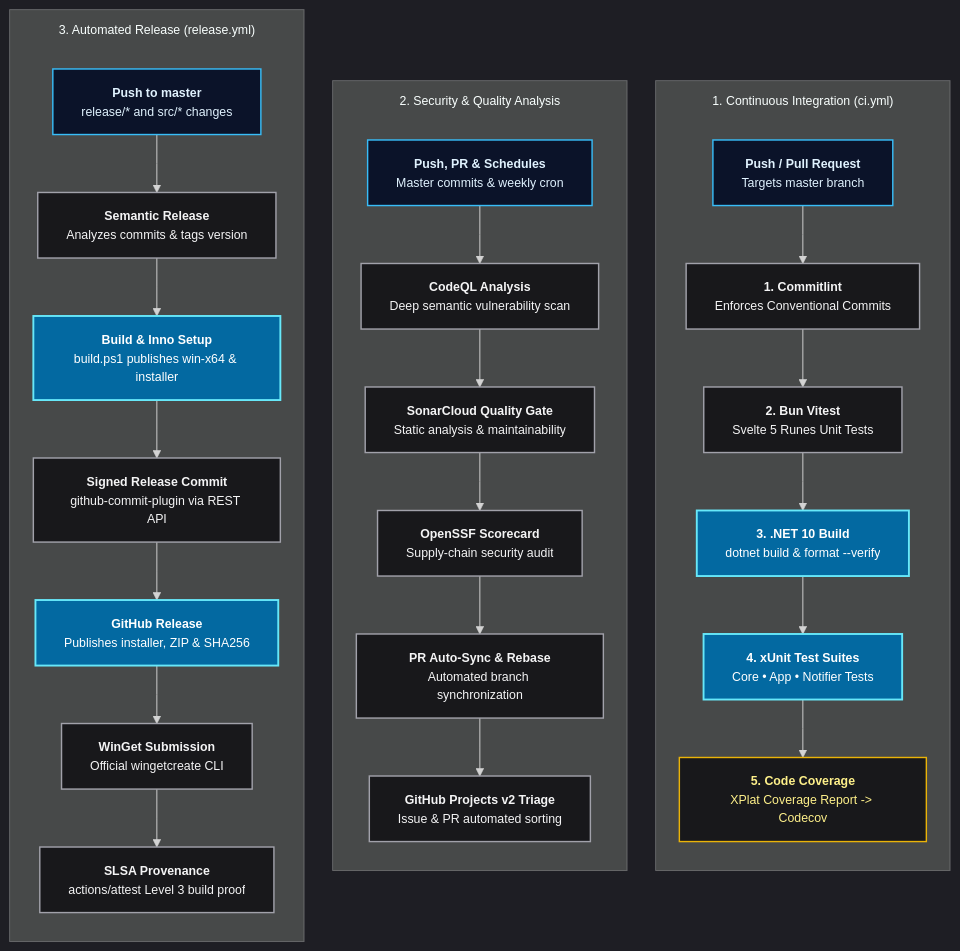
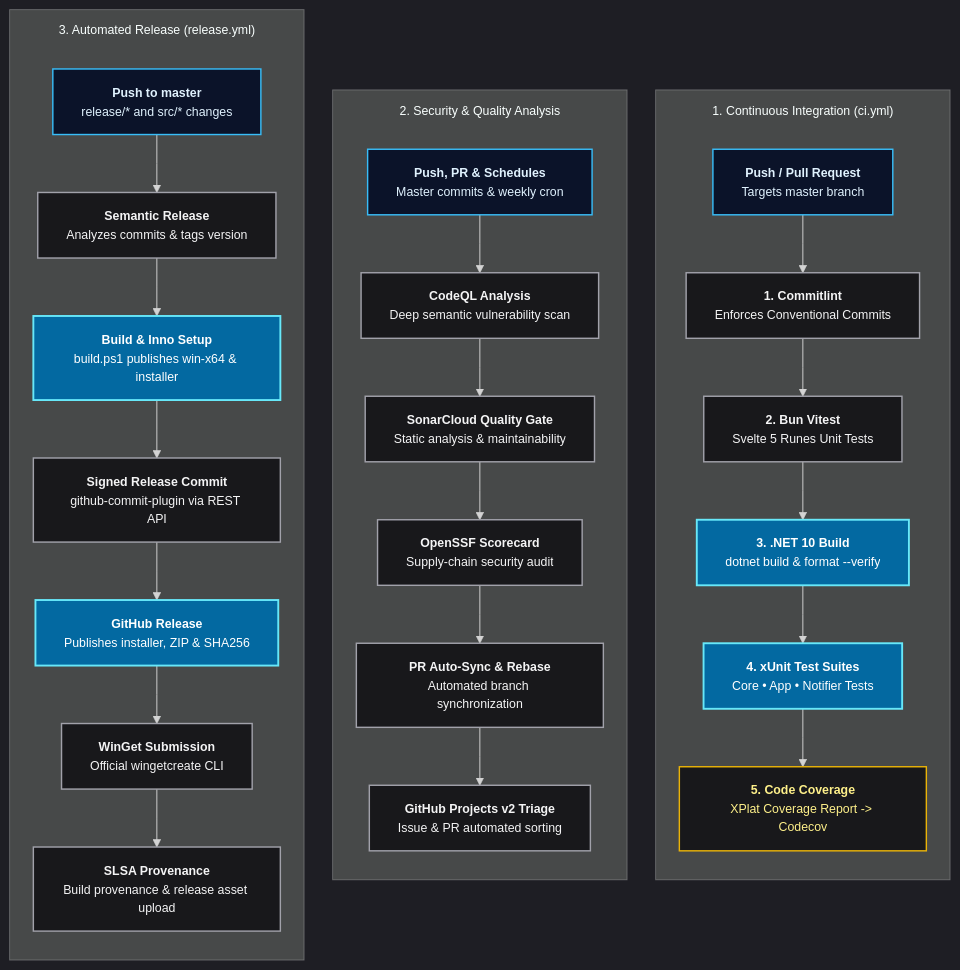
One commit to Nicconike/LocalTelemetry changed the diagram in docs/latest/developer-guide/ci-cd.md. Above: the diagram before and after it, drawn with Mermaid. The commit also changed other lines of this file and 19 other files, not shown here.

Commit message:
ci: pin workflow deps, attach release provenance, and update tests

````diff
--- a/docs/latest/developer-guide/ci-cd.md
+++ b/docs/latest/developer-guide/ci-cd.md
@@ -23,66 +23,66 @@
 ```mermaid
 %%{init: {'theme': 'dark', 'themeVariables': {'fontSize': '13px'}, 'flowchart': {'nodeSpacing': 30, 'rankSpacing': 36, 'subGraphTitleMargin': {'top': 12, 'bottom': 20}, 'curve': 'linear'}}}%%
 flowchart TD
     %% COLUMN 1: CONTINUOUS INTEGRATION
     subgraph TrackCI["1. Continuous Integration (ci.yml)"]
         direction TB
         TriggerCI["<b>Push / Pull Request</b><br/>Targets master branch"]
         Commitlint["<b>1. Commitlint</b><br/>Enforces Conventional Commits"]
         Vitest["<b>2. Bun Vitest</b><br/>Svelte 5 Runes Unit Tests"]
         DotNetBuild["<b>3. .NET 10 Build</b><br/>dotnet build & format --verify"]
         DotNetTest["<b>4. xUnit Test Suites</b><br/>Core • App • Notifier Tests"]
         Coverage["<b>5. Code Coverage</b><br/>XPlat Coverage Report -> Codecov"]
 
         TriggerCI --> Commitlint
         Commitlint --> Vitest
         Vitest --> DotNetBuild
         DotNetBuild --> DotNetTest
         DotNetTest --> Coverage
     end
 
     %% COLUMN 2: CODE QUALITY & SECURITY
     subgraph TrackQuality["2. Security & Quality Analysis"]
         direction TB
         TriggerQuality["<b>Push, PR & Schedules</b><br/>Master commits & weekly cron"]
         CodeQL["<b>CodeQL Analysis</b><br/>Deep semantic vulnerability scan"]
         Sonar["<b>SonarCloud Quality Gate</b><br/>Static analysis & maintainability"]
         Scorecard["<b>OpenSSF Scorecard</b><br/>Supply-chain security audit"]
         SyncPR["<b>PR Auto-Sync & Rebase</b><br/>Automated branch synchronization"]
         Triage["<b>GitHub Projects v2 Triage</b><br/>Issue & PR automated sorting"]
 
         TriggerQuality --> CodeQL
         CodeQL --> Sonar
         Sonar --> Scorecard
         Scorecard --> SyncPR
         SyncPR --> Triage
     end
 
     %% COLUMN 3: AUTOMATED RELEASE PIPELINE
     subgraph TrackRelease["3. Automated Release (release.yml)"]
         direction TB
         TriggerRelease["<b>Push to master</b><br/>release/* and src/* changes"]
         SemRel["<b>Semantic Release</b><br/>Analyzes commits & tags version"]
         BuildPkg["<b>Build & Inno Setup</b><br/>build.ps1 publishes win-x64 & installer"]
         SignedCommit["<b>Signed Release Commit</b><br/>github-commit-plugin via REST API"]
         GHRelease["<b>GitHub Release</b><br/>Publishes installer, ZIP & SHA256"]
         WinGet["<b>WinGet Submission</b><br/>Official wingetcreate CLI"]
-        Attestation["<b>SLSA Provenance</b><br/>actions/attest Level 3 build proof"]
+        Attestation["<b>SLSA Provenance</b><br/>Build provenance & release asset upload"]
 
         TriggerRelease --> SemRel
         SemRel --> BuildPkg
         BuildPkg --> SignedCommit
         SignedCommit --> GHRelease
         GHRelease --> WinGet
         WinGet --> Attestation
     end
 
     class TriggerCI,TriggerQuality,TriggerRelease triggerNode
     class Commitlint,Vitest,CodeQL,Sonar,Scorecard,SyncPR,Triage,SemRel,SignedCommit,WinGet,Attestation stepNode
     class DotNetBuild,DotNetTest,BuildPkg,GHRelease buildNode
     class Coverage dataNode
 
     classDef triggerNode fill:#0b1329,stroke:#38bdf8,stroke-width:1.5px,color:#e0f2fe
     classDef stepNode fill:#18181b,stroke:#a1a1aa,stroke-width:1.5px,color:#f4f4f5
     classDef buildNode fill:#0369a1,stroke:#67e8f9,stroke-width:2px,color:#ffffff
     classDef dataNode fill:#18181b,stroke:#eab308,stroke-width:1.5px,color:#fef08a
 ```
````
